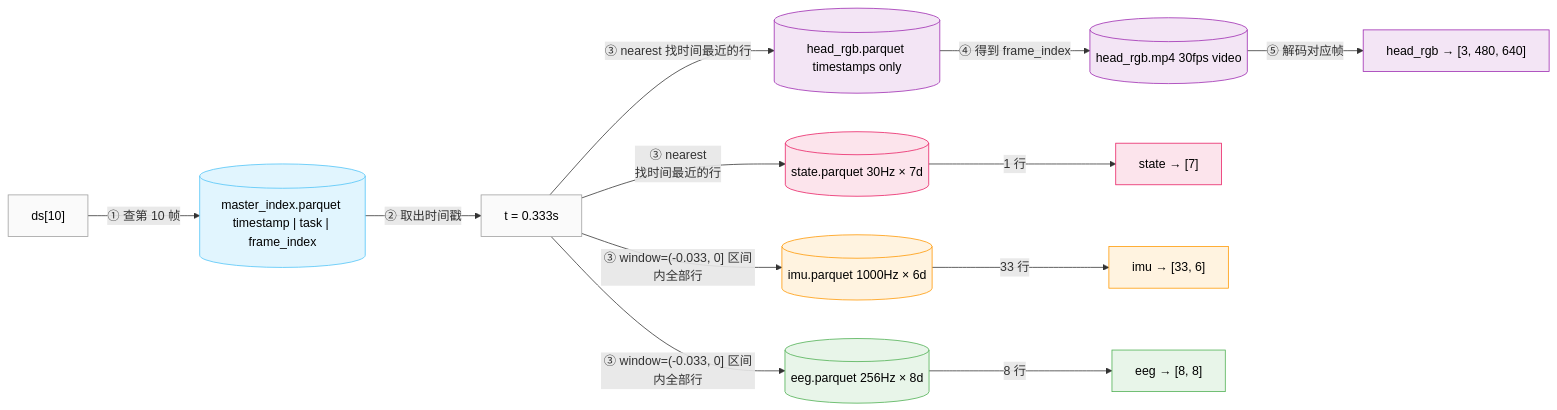
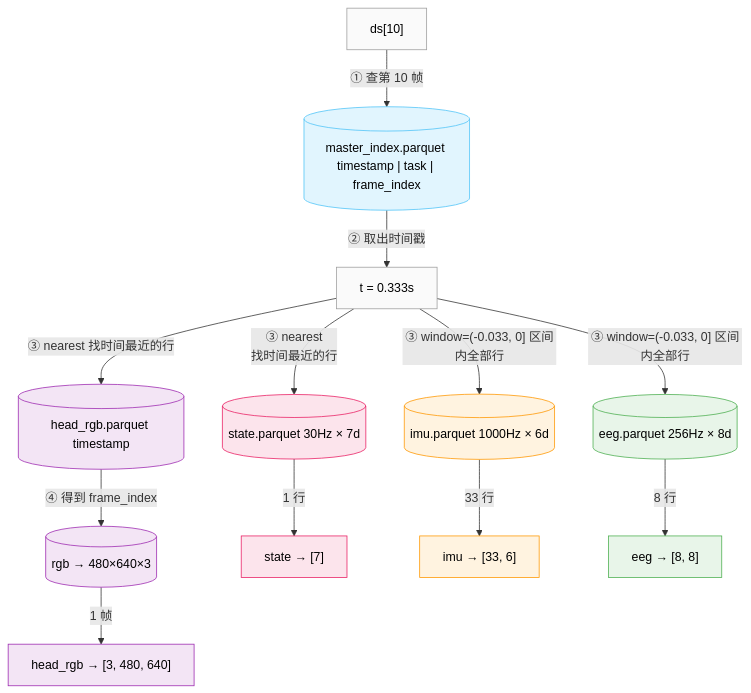
One commit to Koorye/Multi-Frequency-LeRobot changed the second of 6 diagrams in README.md. Above: the diagram before and after it, drawn with Mermaid.

````diff
--- a/README.md
+++ b/README.md
@@ -93,27 +93,27 @@
 ```mermaid
-flowchart LR
+flowchart TD
     IDX["ds[10]"] -->|"① 查第 10 帧"| MI[("master_index.parquet timestamp | task | frame_index")]
     MI -->|"② 取出时间戳"| TS["t = 0.333s"]
     TS -->|"③ nearest<br/>找时间最近的行"| P3[("state.parquet 30Hz × 7d")]
     TS -->|"③ window=(-0.033, 0] 区间内全部行"| P1[("imu.parquet 1000Hz × 6d")]
     TS -->|"③ window=(-0.033, 0] 区间内全部行"| P2[("eeg.parquet 256Hz × 8d")]
-    TS -->|"③ nearest 找时间最近的行"| C1[("head_rgb.parquet timestamps only")]
-    C1 -->|"④ 得到 frame_index"| V1[("head_rgb.mp4 30fps video")]
+    TS -->|"③ nearest 找时间最近的行"| C1[("head_rgb.parquet timestamp")]
+    C1 -->|"④ 得到 frame_index"| V1[("rgb → 480×640×3")]
     P3 -->|"1 行"| RS["state → [7]"]
     P1 -->|"33 行"| RI["imu → [33, 6]"]
     P2 -->|"8 行"| RE["eeg → [8, 8]"]
-    V1 -->|"⑤ 解码对应帧"| RV["head_rgb → [3, 480, 640]"]
+    V1 -->|"1 帧"| RV["head_rgb → [3, 480, 640]"]
 
     style IDX fill:#fafafa,stroke:#9e9e9e,color:#000
     style MI fill:#e1f5fe,stroke:#4fc3f7,color:#000
     style TS fill:#fafafa,stroke:#9e9e9e,color:#000
     style P3 fill:#fce4ec,stroke:#e91e63,color:#000
     style P1 fill:#fff3e0,stroke:#ff9800,color:#000
     style P2 fill:#e8f5e9,stroke:#4caf50,color:#000
     style C1 fill:#f3e5f5,stroke:#9c27b0,color:#000
     style V1 fill:#f3e5f5,stroke:#9c27b0,color:#000
     style RS fill:#fce4ec,stroke:#e91e63,color:#000
     style RI fill:#fff3e0,stroke:#ff9800,color:#000
     style RE fill:#e8f5e9,stroke:#4caf50,color:#000
     style RV fill:#f3e5f5,stroke:#9c27b0,color:#000
 ```
````
